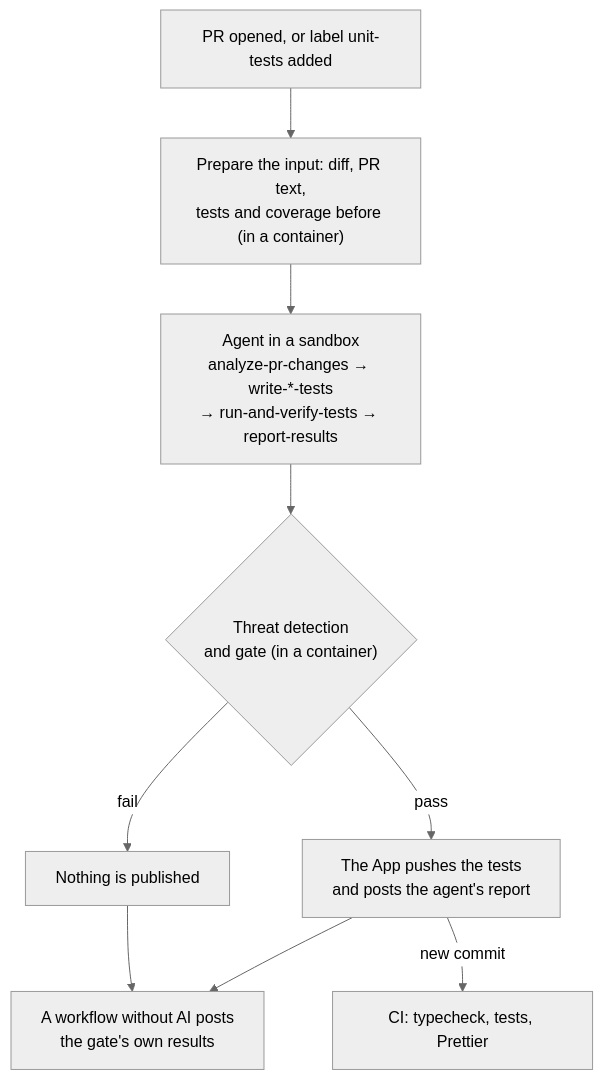
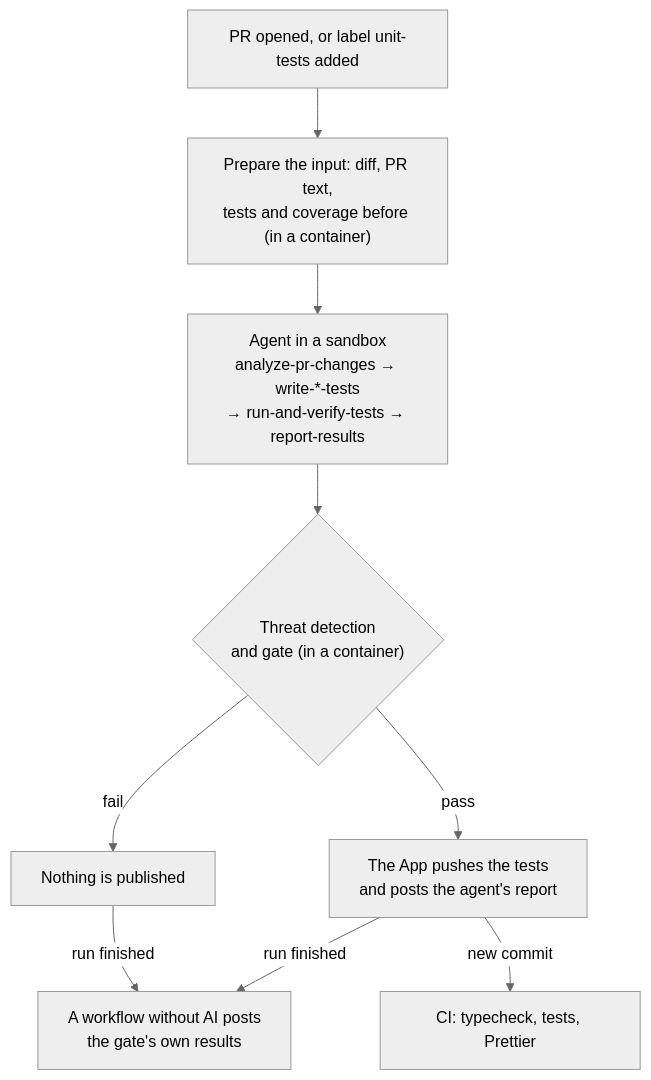
One commit to veraokhrimenko/taskly-unit-test-agent changed the diagram in SOLUTION.md. Above: the diagram before and after it, drawn with Mermaid (neutral theme).

Commit message:
docs: label the arrows to the independent check in the diagram

````diff
--- a/SOLUTION.md
+++ b/SOLUTION.md
@@ -53,11 +53,11 @@
 ```mermaid
 flowchart TD
     PR["PR opened, or label unit-tests added"] --> P["Prepare the input: diff, PR text,<br/>tests and coverage before (in a container)"]
     P --> G["Agent in a sandbox<br/>analyze-pr-changes → write-*-tests<br/>→ run-and-verify-tests → report-results"]
     G --> D{"Threat detection<br/>and gate (in a container)"}
     D -- pass --> S["The App pushes the tests<br/>and posts the agent's report"]
     D -- fail --> X["Nothing is published"]
-    S --> C["A workflow without AI posts<br/>the gate's own results"]
-    X --> C
+    S -- run finished --> C["A workflow without AI posts<br/>the gate's own results"]
+    X -- run finished --> C
     S -- new commit --> CI["CI: typecheck, tests, Prettier"]
 ```
````
